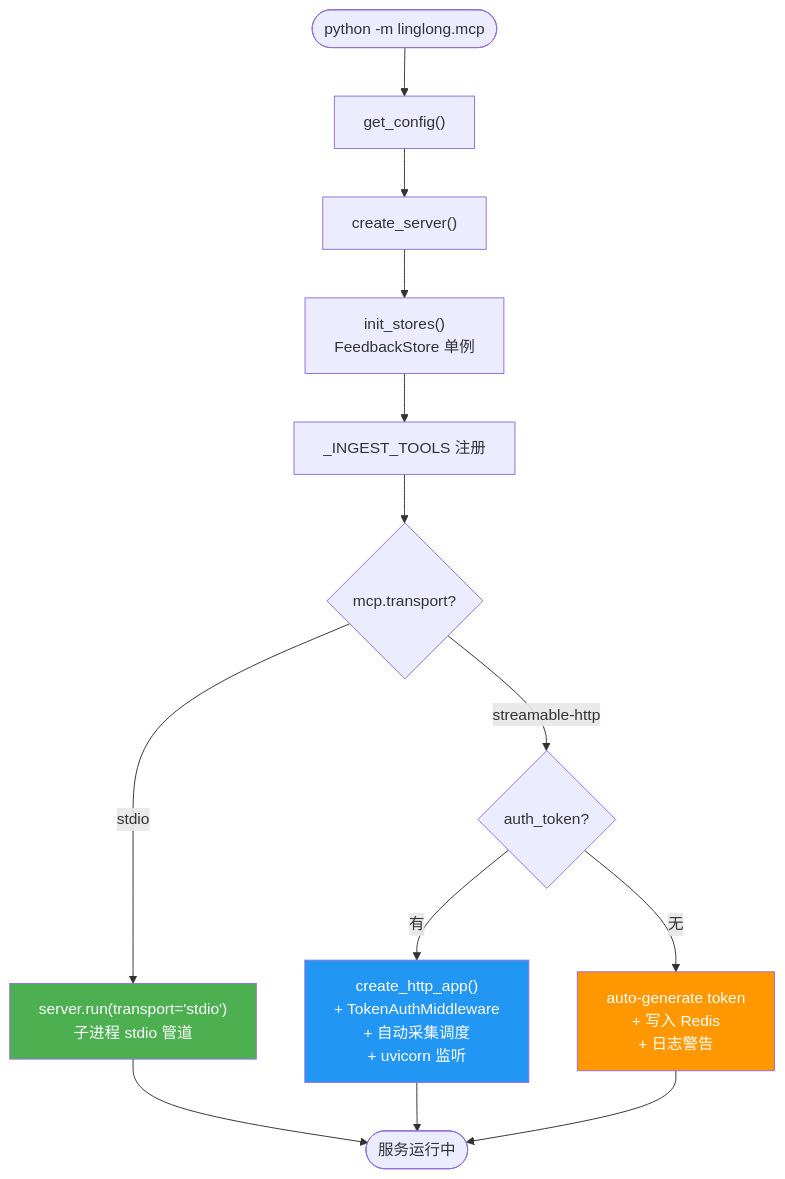
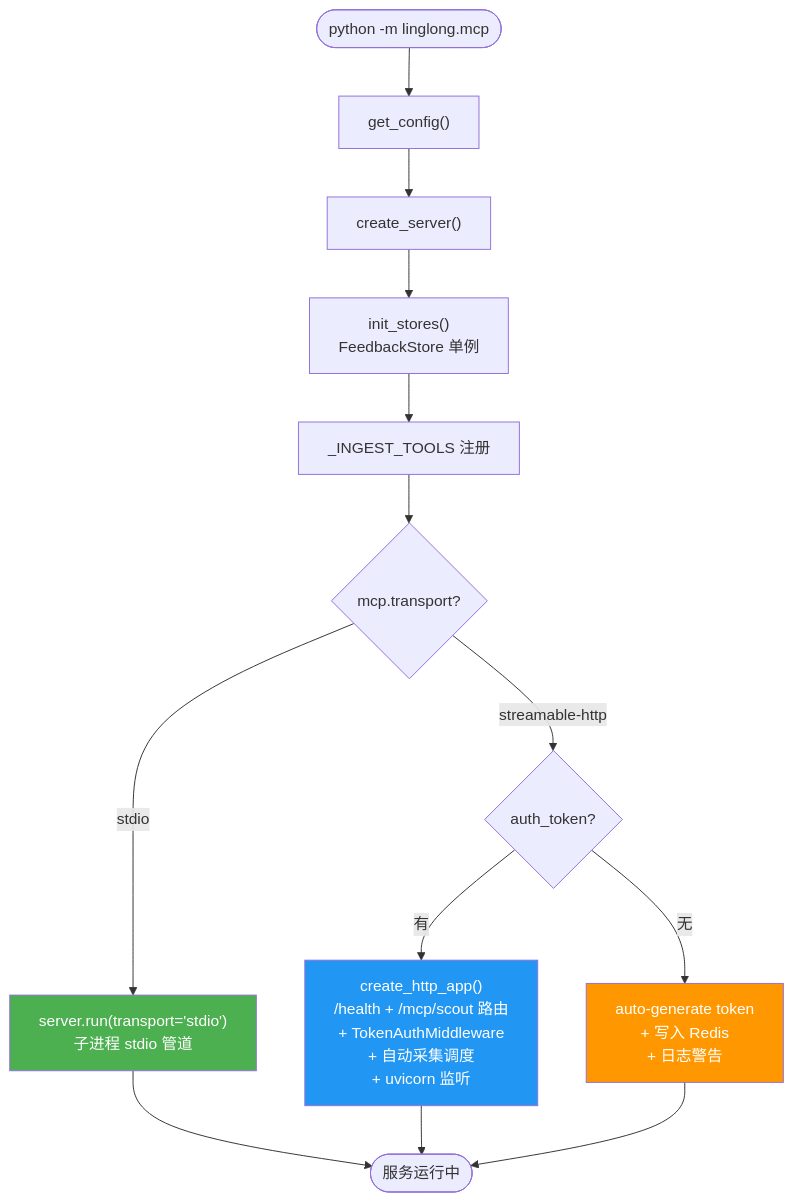
One commit to xinovate/linglong-scout changed the first of 4 diagrams in docs/design/06-mcp.md. Above: the diagram before and after it, drawn with Mermaid. The commit also changed other lines of this file, not shown here.

Commit message:
docs: 06-mcp 同步 /health 端点变更

````diff
--- a/docs/design/06-mcp.md
+++ b/docs/design/06-mcp.md
@@ -16,22 +16,22 @@
 ```mermaid
 flowchart TD
     START(["python -m linglong.mcp"]) --> CONFIG["get_config()"]
     CONFIG --> CREATE["create_server()"]
     CREATE --> INIT["init_stores()<br/>FeedbackStore 单例"]
     INIT --> REGISTER["_INGEST_TOOLS 注册"]
     REGISTER --> TRANSPORT{mcp.transport?}
 
     TRANSPORT -->|stdio| STDIO["server.run(transport='stdio')<br/>子进程 stdio 管道"]
     TRANSPORT -->|streamable-http| HTTP_CHECK{auth_token?}
 
-    HTTP_CHECK -->|有| HTTP_AUTH["create_http_app()<br/>+ TokenAuthMiddleware<br/>+ 自动采集调度<br/>+ uvicorn 监听"]
+    HTTP_CHECK -->|有| HTTP_AUTH["create_http_app()<br/>/health + /mcp/scout 路由<br/>+ TokenAuthMiddleware<br/>+ 自动采集调度<br/>+ uvicorn 监听"]
     HTTP_CHECK -->|无| HTTP_AUTO["auto-generate token<br/>+ 写入 Redis<br/>+ 日志警告"]
 
     STDIO --> RUNNING(["服务运行中"])
     HTTP_AUTH --> RUNNING
     HTTP_AUTO --> RUNNING
 
     style STDIO fill:#4CAF50,color:#fff
     style HTTP_AUTH fill:#2196F3,color:#fff
     style HTTP_AUTO fill:#FF9800,color:#fff
 ```
````
